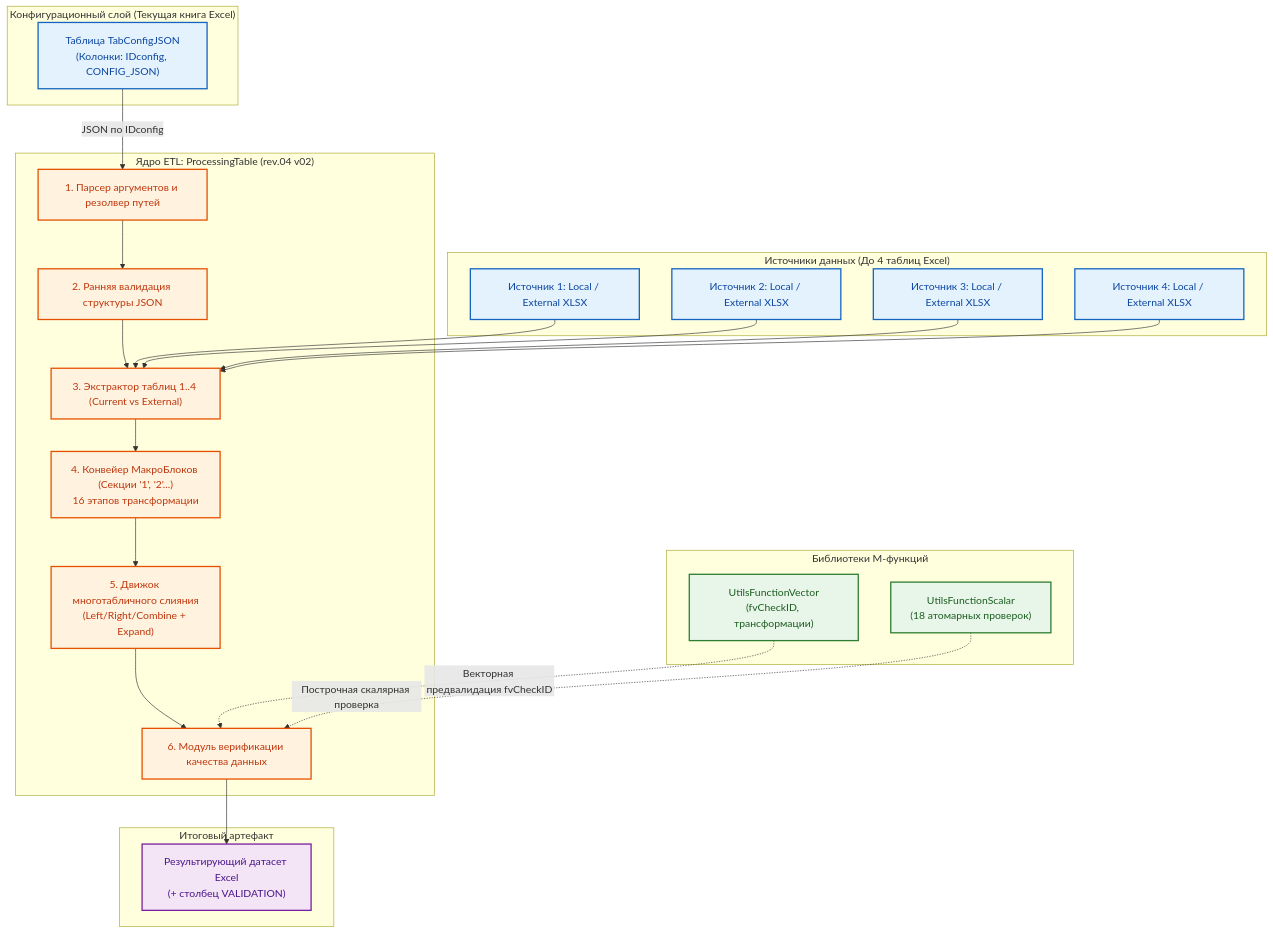
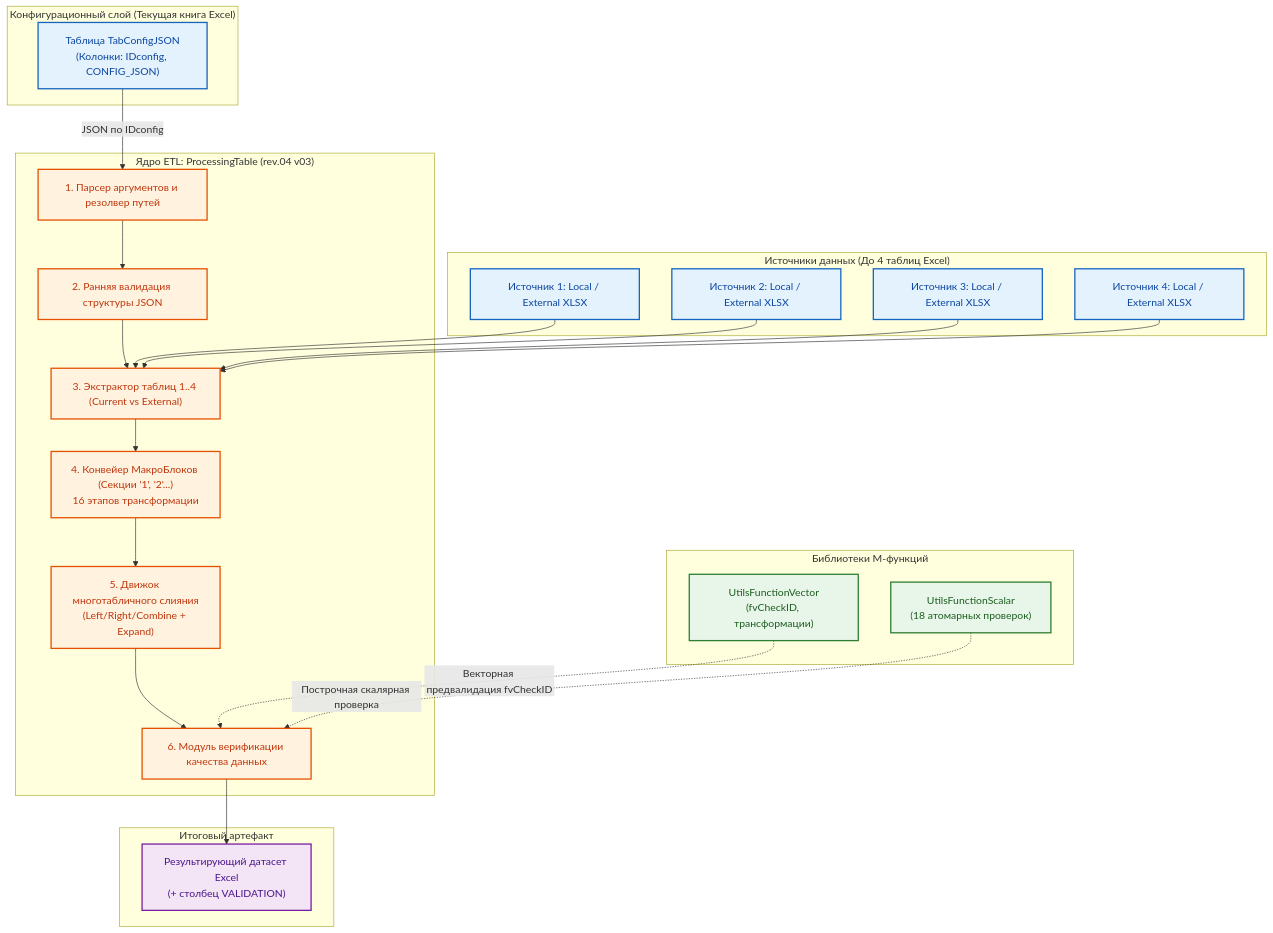
One commit to Konkery/Project-1_2026-N2-MAS changed the first of 4 diagrams in 03__Проект/05__pq-script/01__general/03__ETL-processing/README-etl-processor.md. Above: the diagram before and after it, drawn with Mermaid. The commit also changed other lines of this file and 2 other files, not shown here.

Commit message:
docs: убрана фиксация состава команд HorizonBI из манифеста и обзора
- GEMINI.md: раздел 4.2 переписан с зашитого перечня 15 команд на описание
  архитектуры конвейера (строгие правила МакроБлоков, развиваемый набор команд,
  ссылки на README-etl-processor.md и новейший код ProcessingTable)
- GEMINI.md: из заголовка раздела 4 убран фиксированный номер версии ядра
- README.md: удален устаревший дубль списка «15 этапов», добавлены правила
  конвейера и навигация на справочник, синхронизация футера (2.2 / rev.04 v03)
- README-etl-processor.md: актуализация паспорта и схемы ядра rev.04 v02 → rev.04 v03

````diff
--- a/03__Проект/05__pq-script/01__general/03__ETL-processing/README-etl-processor.md
+++ b/03__Проект/05__pq-script/01__general/03__ETL-processing/README-etl-processor.md
@@ -33,47 +33,47 @@
 ```mermaid
 flowchart TD
     classDef storage fill:#E3F2FD,stroke:#1565C0,stroke-width:2px,color:#0D47A1;
     classDef engine fill:#FFF3E0,stroke:#E65100,stroke-width:2px,color:#BF360C;
     classDef lib fill:#E8F5E9,stroke:#2E7D32,stroke-width:2px,color:#1B5E20;
     classDef output fill:#F3E5F5,stroke:#7B1FA2,stroke-width:2px,color:#4A148C;
 
     subgraph ConfigStorage ["Конфигурационный слой (Текущая книга Excel)"]
         TabConfig["Таблица TabConfigJSON<br/>(Колонки: IDconfig, CONFIG_JSON)"]:::storage
     end
 
-    subgraph ProcessorCore ["Ядро ETL: ProcessingTable (rev.04 v02)"]
+    subgraph ProcessorCore ["Ядро ETL: ProcessingTable (rev.04 v03)"]
         ArgResolver["1. Парсер аргументов и резолвер путей"]:::engine
         ConfigValidator["2. Ранняя валидация структуры JSON"]:::engine
         TableLoader["3. Экстрактор таблиц 1..4 (Current vs External)"]:::engine
         MacroEngine["4. Конвейер МакроБлоков (Секции '1', '2'...)<br/>16 этапов трансформации"]:::engine
         JoinEngine["5. Движок многотабличного слияния<br/>(Left/Right/Combine + Expand)"]:::engine
         ValidationEngine["6. Модуль верификации качества данных"]:::engine
     end
 
     subgraph DataSources ["Источники данных (До 4 таблиц Excel)"]
         Src1["Источник 1: Local / External XLSX"]:::storage
         Src2["Источник 2: Local / External XLSX"]:::storage
         Src3["Источник 3: Local / External XLSX"]:::storage
         Src4["Источник 4: Local / External XLSX"]:::storage
     end
 
     subgraph Libraries ["Библиотеки M-функций"]
         ScalarLib["UtilsFunctionScalar<br/>(18 атомарных проверок)"]:::lib
         VectorLib["UtilsFunctionVector<br/>(fvCheckID, трансформации)"]:::lib
     end
 
     subgraph TargetOutput ["Итоговый артефакт"]
         ResultTable["Результирующий датасет Excel<br/>(+ столбец VALIDATION)"]:::output
     end
 
     TabConfig -->|JSON по IDconfig| ArgResolver
     ArgResolver --> ConfigValidator
     ConfigValidator --> TableLoader
     Src1 & Src2 & Src3 & Src4 --> TableLoader
     TableLoader --> MacroEngine
     MacroEngine --> JoinEngine
     JoinEngine --> ValidationEngine
     VectorLib -.->|Векторная предвалидация fvCheckID| ValidationEngine
     ScalarLib -.->|Построчная скалярная проверка| ValidationEngine
     ValidationEngine --> ResultTable
 ```
````
